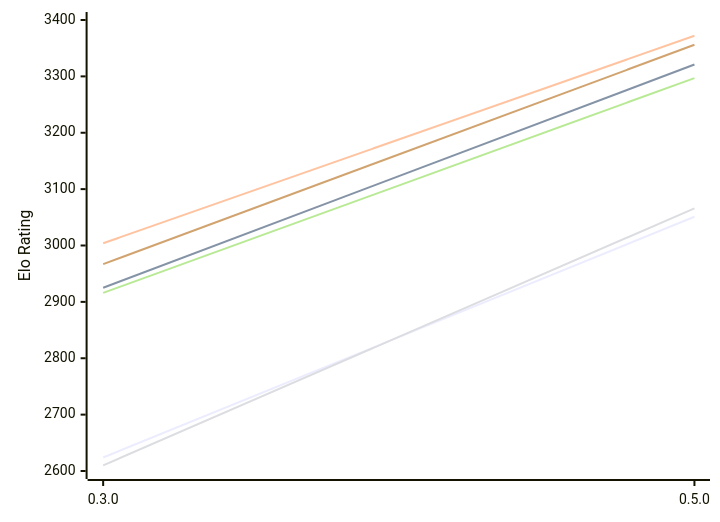
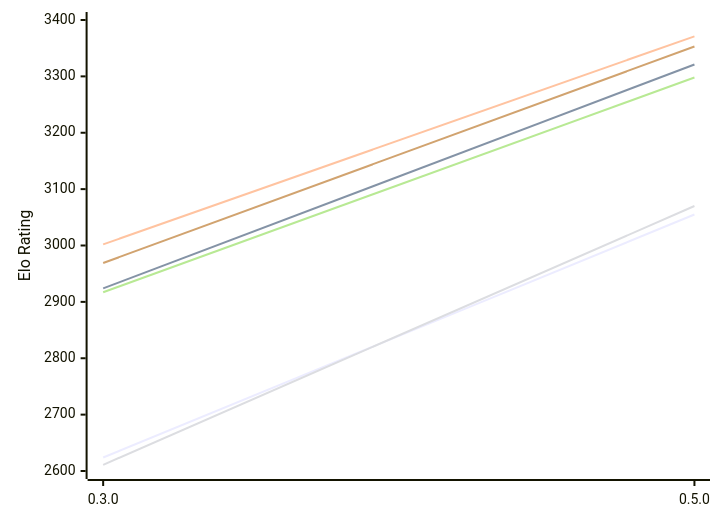
Before and after one commit to computer-chess-index/cci: the diagram in engines/Crustik.md, drawn with Mermaid. The commit also changed other lines of this file, not shown here.

Commit message:
Update CCI Ratings (ELO VLTC) - 2026-11-28

````diff
--- a/engines/Crustik.md
+++ b/engines/Crustik.md
@@ -49,12 +49,12 @@
 ```mermaid
 %%{init: {"theme":"base","themeVariables":{"seriesColors:['#a3a3a3','#222221','#faa371']}}}%%
 xychart-beta
   x-axis ["0.3.0", "0.5.0"]
   y-axis "Elo Rating" 2600 --> 3400
-  line "E1: STC (8.0+0.08s)" [2624, 3051]
-  line "E1: LTC (60.0+0.60s)" [2925, 3321]
-  line "E1: VLTC (2m24s+1.12s)" [3004, 3372]
-  line "P1: STC (8.0+0.08s)" [2610, 3066]
-  line "P1: LTC (60.0+0.60s)" [2916, 3297]
-  line "P1: VLTC (2m24s+1.12s)" [2967, 3356]
+  line "E1: STC (8.0+0.08s)" [2624, 3055]
+  line "E1: LTC (60.0+0.60s)" [2924, 3321]
+  line "E1: VLTC (2m24s+1.12s)" [3002, 3371]
+  line "P1: STC (8.0+0.08s)" [2611, 3070]
+  line "P1: LTC (60.0+0.60s)" [2917, 3298]
+  line "P1: VLTC (2m24s+1.12s)" [2969, 3353]
 ```
````
